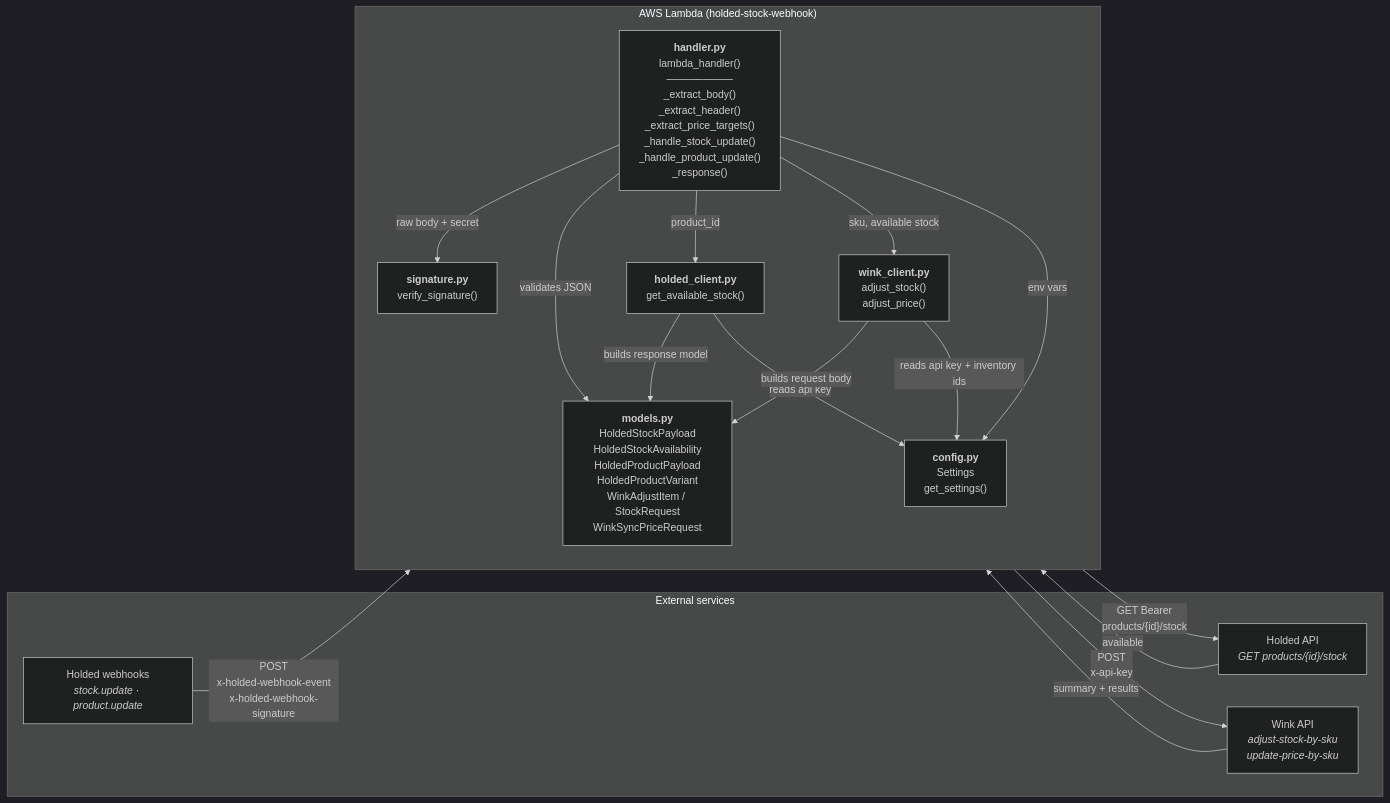
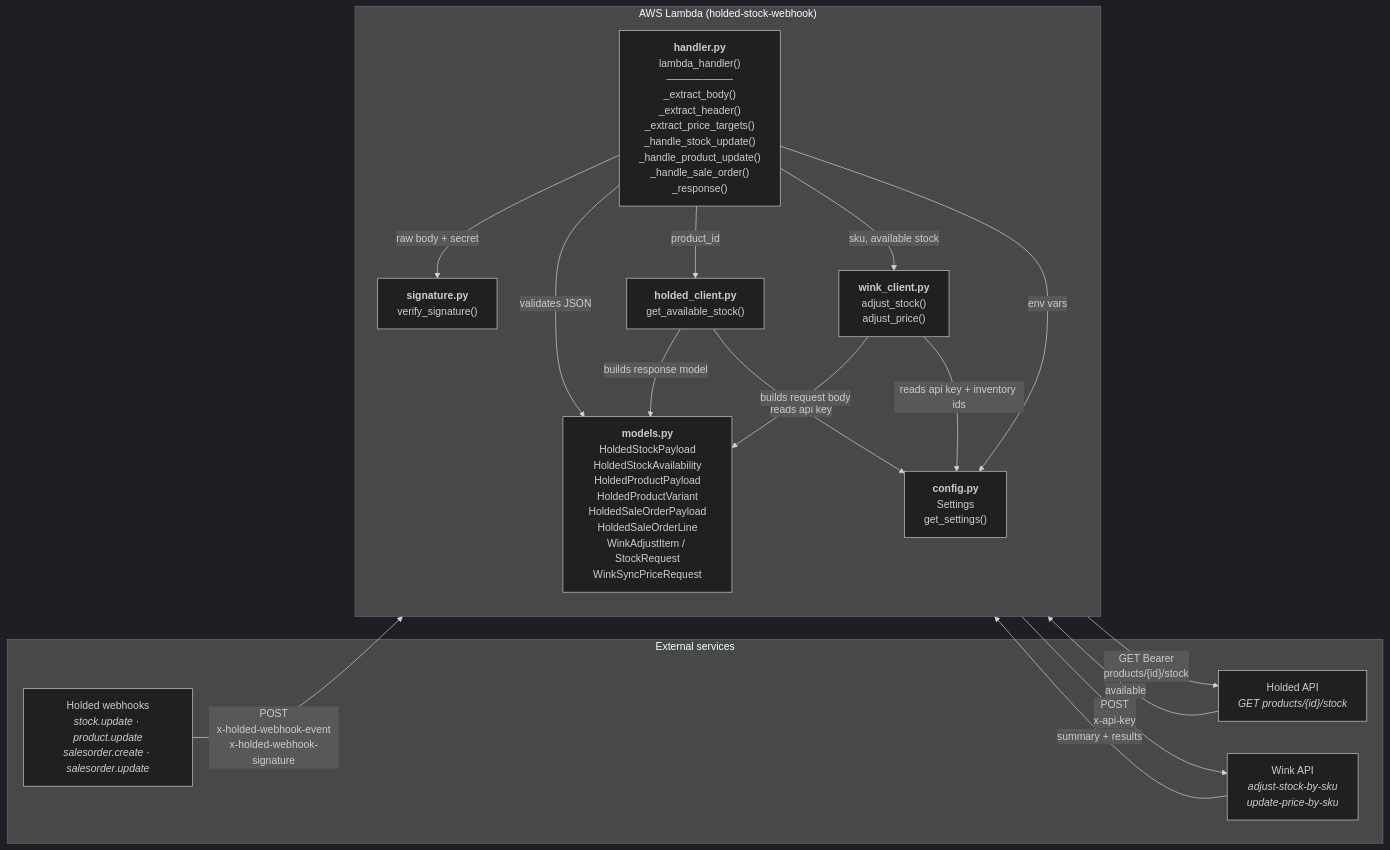
Before and after one commit to danrivsa/santo-suplemento-invetory-sync-webhook: the first of 4 diagrams in README.md, drawn with Mermaid (dark theme). The commit also changed other lines of this file and 6 other files, not shown here.

Commit message:
feat(sale-order): implement handling for salesorder.create and salesorder.update events to sync stock

````diff
--- a/README.md
+++ b/README.md
@@ -9,35 +9,35 @@
 ```mermaid
 flowchart LR
     subgraph External["External services"]
-        Holded["Holded webhooks<br/><i>stock.update · product.update</i>"]
+        Holded["Holded webhooks<br/><i>stock.update · product.update<br/>salesorder.create · salesorder.update</i>"]
         HoldedApi["Holded API<br/><i>GET products/{id}/stock</i>"]
         Wink["Wink API<br/><i>adjust-stock-by-sku<br/>update-price-by-sku</i>"]
     end
 
     subgraph Lambda["AWS Lambda (holded-stock-webhook)"]
         direction TB
-        Handler["<b>handler.py</b><br/>lambda_handler()<br/>─────────<br/>_extract_body()<br/>_extract_header()<br/>_extract_price_targets()<br/>_handle_stock_update()<br/>_handle_product_update()<br/>_response()"]
+        Handler["<b>handler.py</b><br/>lambda_handler()<br/>─────────<br/>_extract_body()<br/>_extract_header()<br/>_extract_price_targets()<br/>_handle_stock_update()<br/>_handle_product_update()<br/>_handle_sale_order()<br/>_response()"]
 
         Sig["<b>signature.py</b><br/>verify_signature()"]
-        Models["<b>models.py</b><br/>HoldedStockPayload<br/>HoldedStockAvailability<br/>HoldedProductPayload<br/>HoldedProductVariant<br/>WinkAdjustItem / StockRequest<br/>WinkSyncPriceRequest"]
+        Models["<b>models.py</b><br/>HoldedStockPayload<br/>HoldedStockAvailability<br/>HoldedProductPayload<br/>HoldedProductVariant<br/>HoldedSaleOrderPayload<br/>HoldedSaleOrderLine<br/>WinkAdjustItem / StockRequest<br/>WinkSyncPriceRequest"]
         HoldedClient["<b>holded_client.py</b><br/>get_available_stock()"]
         Client["<b>wink_client.py</b><br/>adjust_stock()<br/>adjust_price()"]
         Config["<b>config.py</b><br/>Settings<br/>get_settings()"]
 
         Handler -->|"raw body + secret"| Sig
         Handler -->|"validates JSON"| Models
         Handler -->|"product_id"| HoldedClient
         Handler -->|"sku, available stock"| Client
         Handler -->|"env vars"| Config
         HoldedClient -->|"builds response model"| Models
         HoldedClient -->|"reads api key"| Config
         Client -->|"builds request body"| Models
         Client -->|"reads api key + inventory ids"| Config
     end
 
     Holded -->|"POST<br/>x-holded-webhook-event<br/>x-holded-webhook-signature"| Handler
     HoldedClient -->|"GET Bearer<br/>products/{id}/stock"| HoldedApi
     HoldedApi -->|"available"| HoldedClient
     Client -->|"POST<br/>x-api-key"| Wink
     Wink -->|"summary + results"| Client
 ```
````
